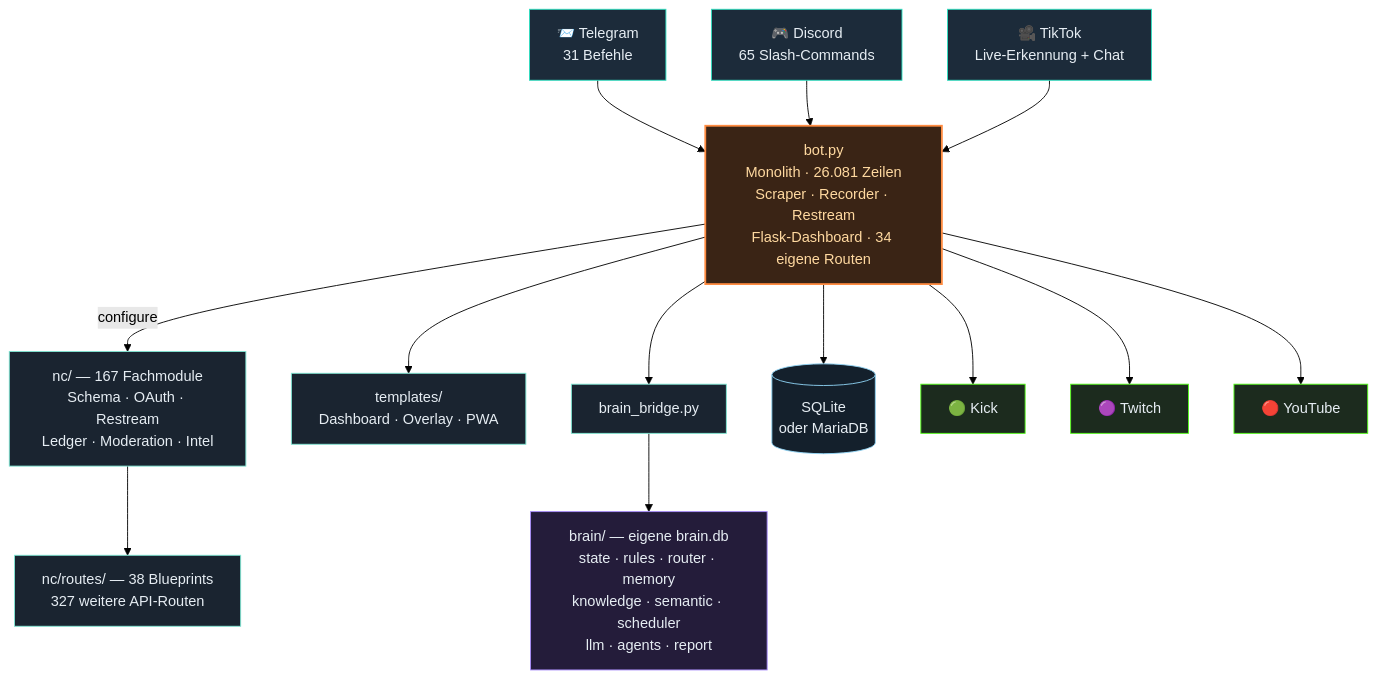
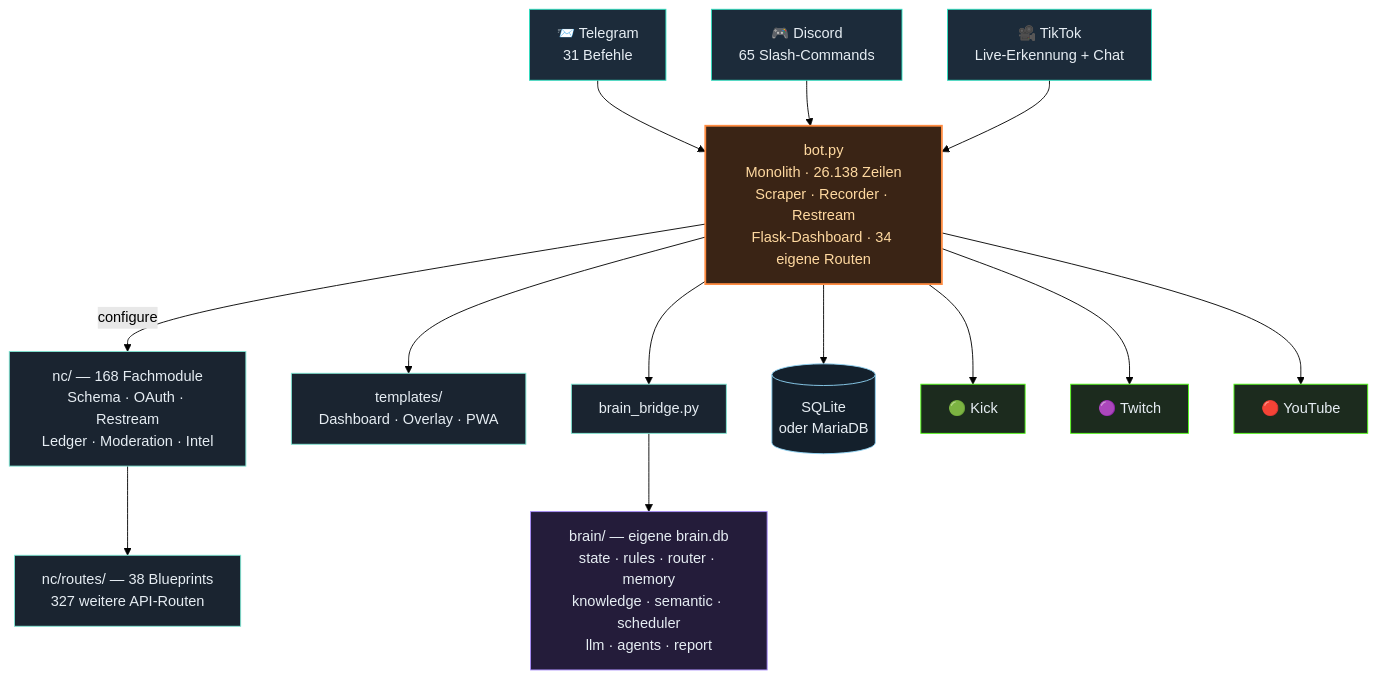
One commit to itsamemedev/Telegram-Stream-Info-Bot changed the third of 4 diagrams in README.md. Above: the diagram before and after it, drawn with Mermaid (forest theme). The commit also changed other lines of this file and 13 other files, not shown here.

````diff
--- a/README.md
+++ b/README.md
@@ -212,30 +212,30 @@
 ```mermaid
 flowchart TB
     TG["📨 Telegram<br/>31 Befehle"]:::ein
     DC["🎮 Discord<br/>65 Slash-Commands"]:::ein
     TT["🎥 TikTok<br/>Live-Erkennung + Chat"]:::ein
 
     TG --> BOT
     DC --> BOT
     TT --> BOT
 
-    BOT["bot.py<br/>Monolith · 26.081 Zeilen<br/>Scraper · Recorder · Restream<br/>Flask-Dashboard · 34 eigene Routen"]:::core
+    BOT["bot.py<br/>Monolith · 26.138 Zeilen<br/>Scraper · Recorder · Restream<br/>Flask-Dashboard · 34 eigene Routen"]:::core
 
-    BOT -->|configure| NC["nc/ — 167 Fachmodule<br/>Schema · OAuth · Restream<br/>Ledger · Moderation · Intel"]:::lib
+    BOT -->|configure| NC["nc/ — 168 Fachmodule<br/>Schema · OAuth · Restream<br/>Ledger · Moderation · Intel"]:::lib
     NC --> RT["nc/routes/ — 38 Blueprints<br/>327 weitere API-Routen"]:::lib
     BOT --> TPL["templates/<br/>Dashboard · Overlay · PWA"]:::lib
     BOT --> BR["brain_bridge.py"]:::lib
     BR --> BRAIN["brain/ — eigene brain.db<br/>state · rules · router · memory<br/>knowledge · semantic · scheduler<br/>llm · agents · report"]:::brain
     BOT --> DB[("SQLite<br/>oder MariaDB")]:::db
 
     BOT --> KICK["🟢 Kick"]:::out
     BOT --> TW["🟣 Twitch"]:::out
     BOT --> YT["🔴 YouTube"]:::out
 
     classDef ein fill:#1c2b3a,stroke:#2de1c2,color:#e6edf3
     classDef core fill:#3a2415,stroke:#ff8c42,stroke-width:2px,color:#ffd9a0
     classDef lib fill:#1a2430,stroke:#7fe7d4,color:#e6edf3
     classDef brain fill:#241c3a,stroke:#a78bfa,color:#e6edf3
     classDef db fill:#14202c,stroke:#8fd3f4,color:#e6edf3
     classDef out fill:#1c2b1e,stroke:#53fc18,color:#e6edf3
 ```
````
